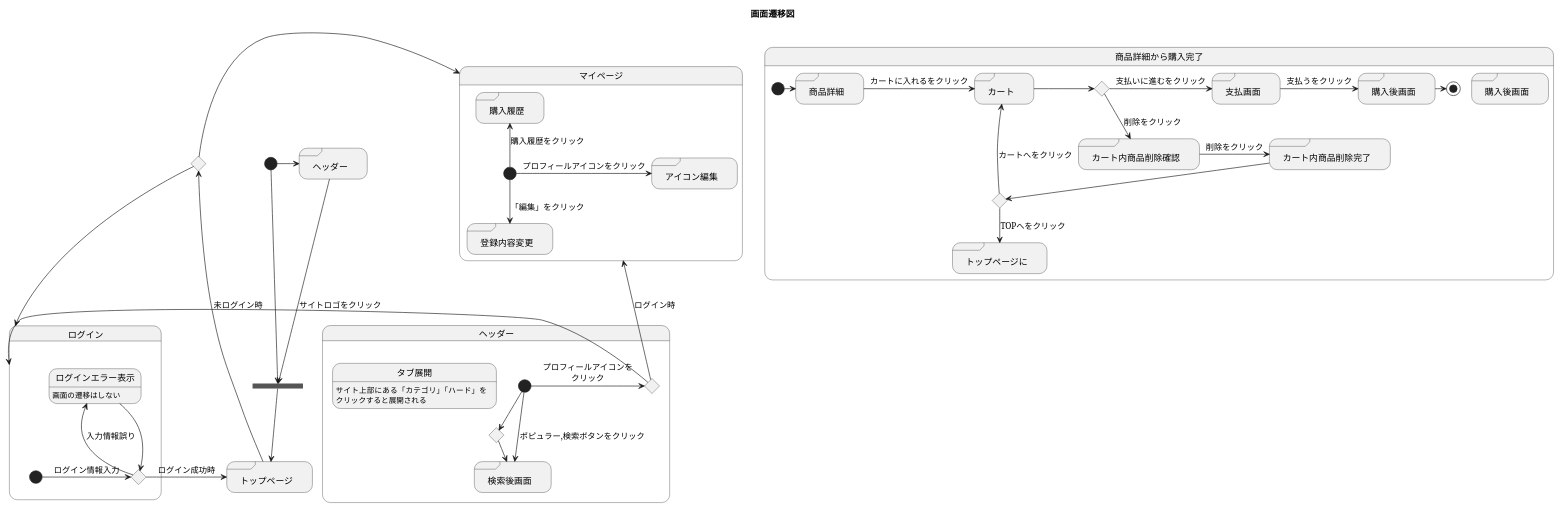
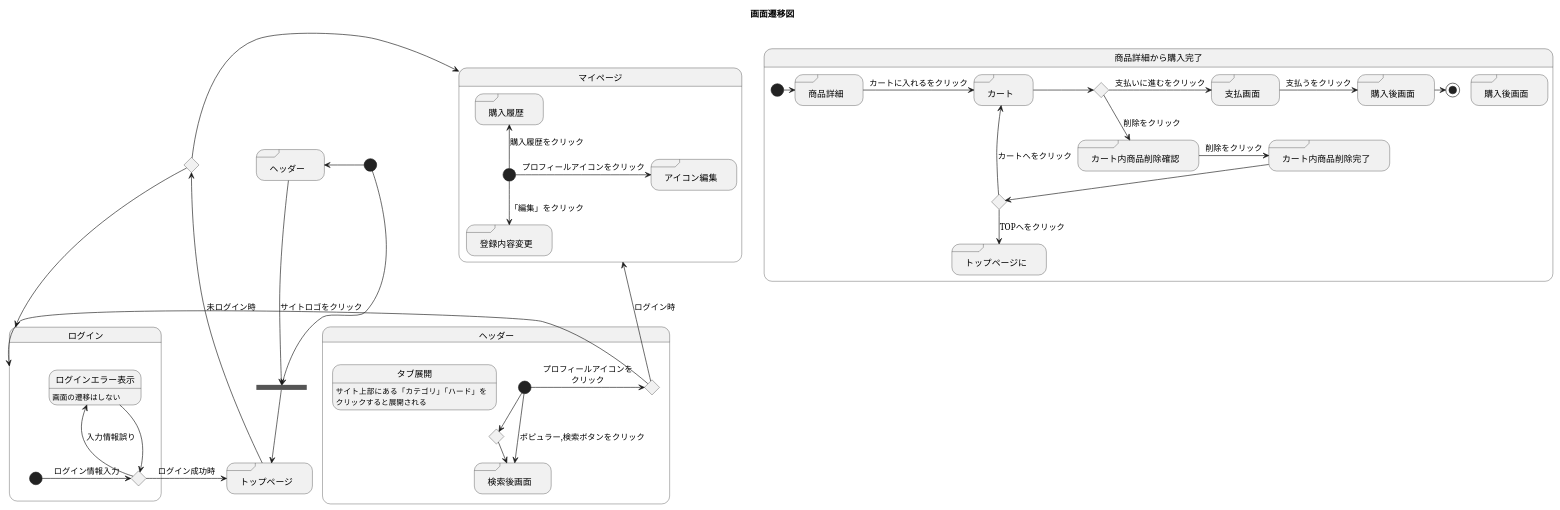
One commit to akutori/T-D-E changed the diagram in UML.md. Above: the diagram before and after it, drawn with PlantUML.

```diff
--- a/UML.md
+++ b/UML.md
@@ -14,7 +14,7 @@
 
 
 [*]-->joinmain
-[*]->headder
+[*]-left->headder
 
 headder->joinmain : サイトロゴをクリック
 joinmain --> main
```
